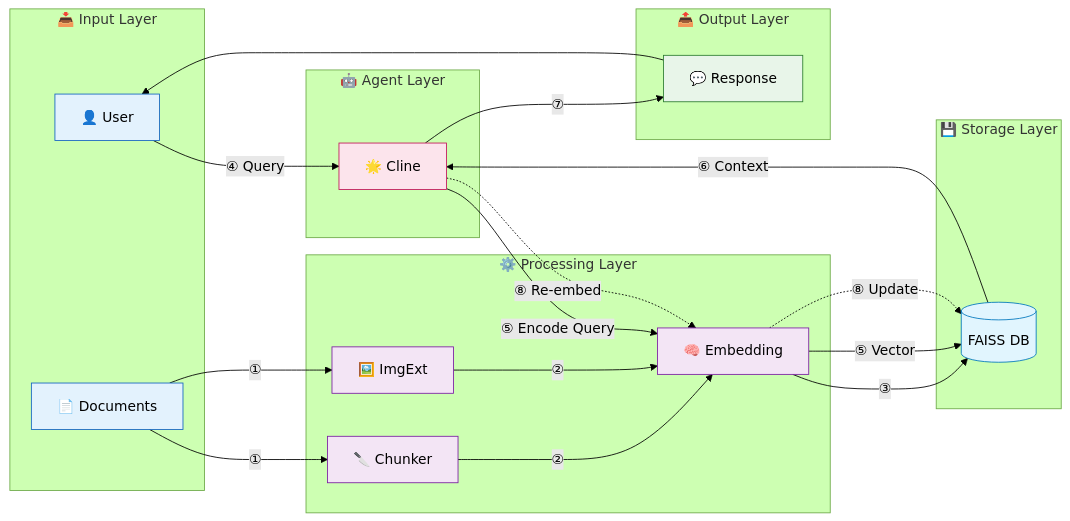
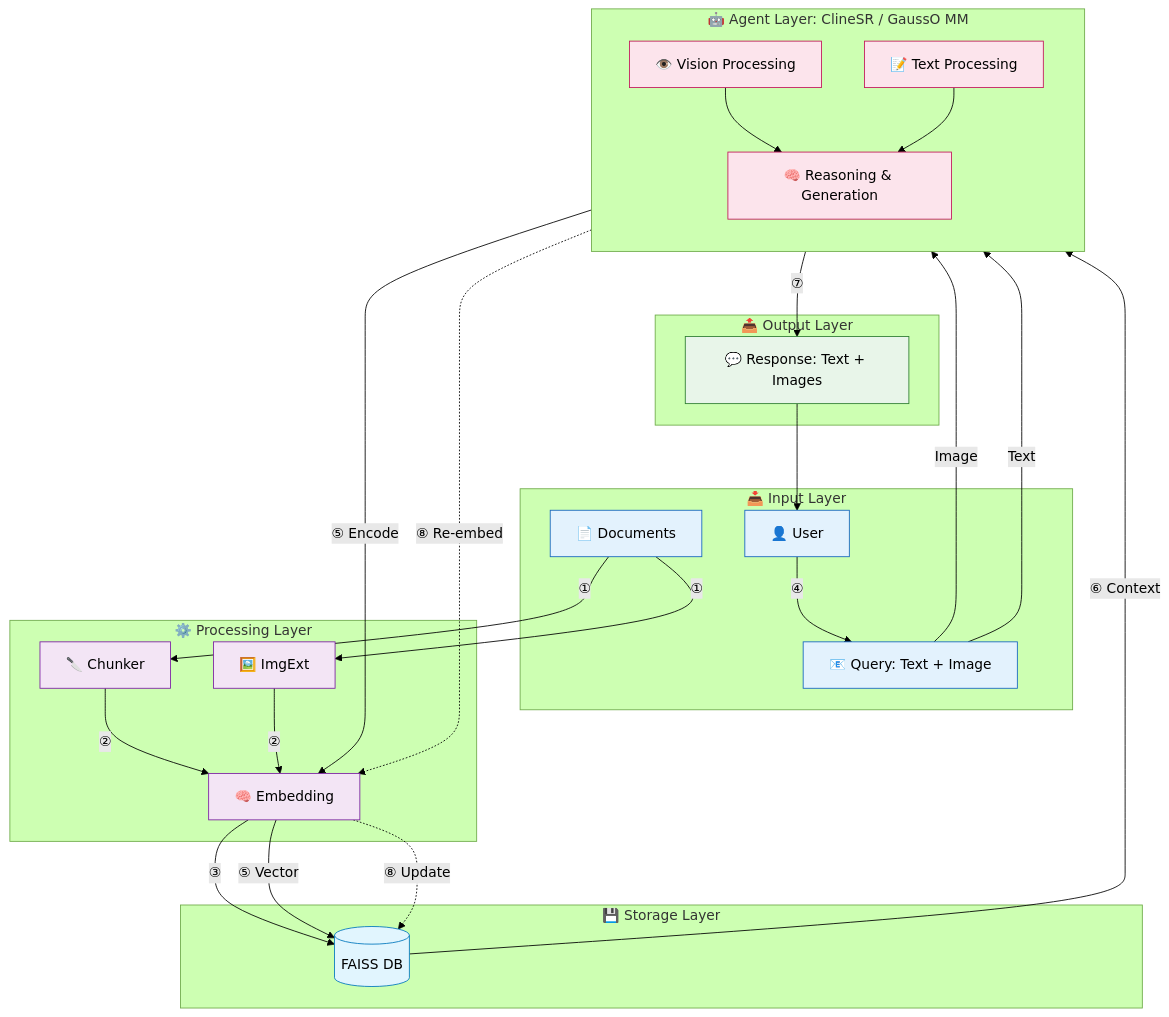
Before and after one commit to ngcix/doc-rag: the fourth of 4 diagrams in report-doc/11-report-clineSR-withRAG.md, drawn with Mermaid (forest theme). The commit also changed other lines of this file, not shown here.

Commit message:
update report full

````diff
--- a/report-doc/11-report-clineSR-withRAG.md
+++ b/report-doc/11-report-clineSR-withRAG.md
@@ -69,56 +69,66 @@
 ```mermaid
-flowchart LR
+flowchart TB
     subgraph INPUT [📥 Input Layer]
         User[👤 User]
         Docs[📄 Documents]
+        QueryInput[📧 Query: Text + Image]
     end
 
     subgraph PROCESS [⚙️ Processing Layer]
         Chunker[🔪 Chunker]
         ImgExt[🖼️ ImgExt]
         Embed[🧠 Embedding]
     end
 
     subgraph STORAGE [💾 Storage Layer]
         FAISS[(FAISS DB)]
     end
 
-    subgraph AGENT [🤖 Agent Layer]
-        Cline[🌟 Cline]
+    subgraph AGENT [🤖 Agent Layer: ClineSR / GaussO MM]
+        direction TB
+        VisionProc[👁️ Vision Processing]
+        TextProc[📝 Text Processing]
+        Reasoning[🧠 Reasoning & Generation]
     end
 
     subgraph OUTPUT [📤 Output Layer]
-        Response[💬 Response]
+        Response[💬 Response: Text + Images]
     end
 
     %% Ingestion Flow (①②③)
     Docs -->|①| Chunker
     Docs -->|①| ImgExt
     Chunker -->|②| Embed
     ImgExt -->|②| Embed
     Embed -->|③| FAISS
 
     %% Query Flow (④⑤⑥⑦)
-    User -->|④ Query| Cline
-    Cline -->|⑤ Encode Query| Embed
+    User -->|④| QueryInput
+    QueryInput -->|Image| VisionProc
+    QueryInput -->|Text| TextProc
+    VisionProc --> Reasoning
+    TextProc --> Reasoning
+    Reasoning -->|⑤ Encode| Embed
     Embed -->|⑤ Vector| FAISS
-    FAISS -->|⑥ Context| Cline
-    Cline -->|⑦| Response
-    Response --> User
+    FAISS -->|⑥ Context| Reasoning
+    Reasoning -->|⑦| Response
 
     %% Feedback Flow (⑧)
-    Cline -.->|⑧ Re-embed| Embed
+    Reasoning -.->|⑧ Re-embed| Embed
     Embed -.->|⑧ Update| FAISS
+
+    %% Output to User
+    Response --> User
 
     classDef inputStyle fill:#e3f2fd,stroke:#1565c0
     classDef processStyle fill:#f3e5f5,stroke:#7b1fa2
     classDef storageStyle fill:#e1f5fe,stroke:#0277bd
     classDef agentStyle fill:#fce4ec,stroke:#c2185b
     classDef outputStyle fill:#e8f5e9,stroke:#2e7d32
 
-    class User,Docs inputStyle
+    class User,Docs,QueryInput inputStyle
     class Chunker,ImgExt,Embed processStyle
     class FAISS storageStyle
-    class Cline agentStyle
+    class VisionProc,TextProc,Reasoning agentStyle
     class Response outputStyle
 ```
````
